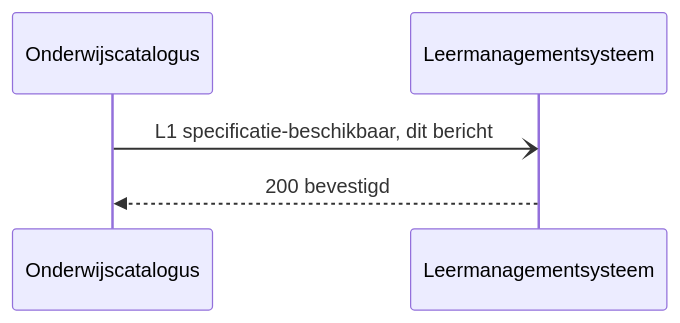
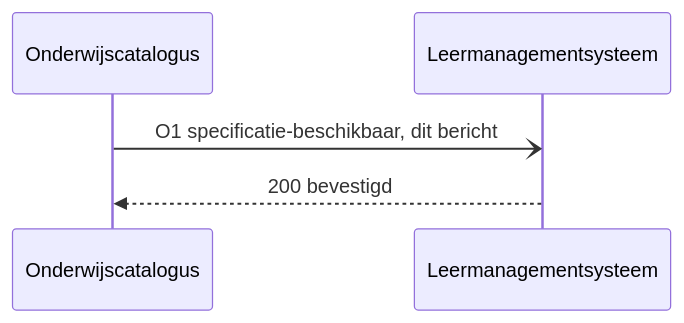
Before and after one commit to Npuls-OKx/meta: the second of 8 diagrams in architecture/docs/specificatie/interactie-onderwijsaanbod/is-oa-07.md, drawn with Mermaid. The commit also changed other lines of this file and 33 other files, not shown here.

````diff
--- a/architecture/docs/specificatie/interactie-onderwijsaanbod/is-oa-07.md
+++ b/architecture/docs/specificatie/interactie-onderwijsaanbod/is-oa-07.md
@@ -124,7 +115,7 @@
 ```mermaid
 sequenceDiagram
     participant OC as Onderwijscatalogus
     participant LMS as Leermanagementsysteem
-    OC-)LMS: L1 specificatie-beschikbaar, dit bericht
+    OC-)LMS: O1 specificatie-beschikbaar, dit bericht
     LMS-->>OC: 200 bevestigd
 ```
````
